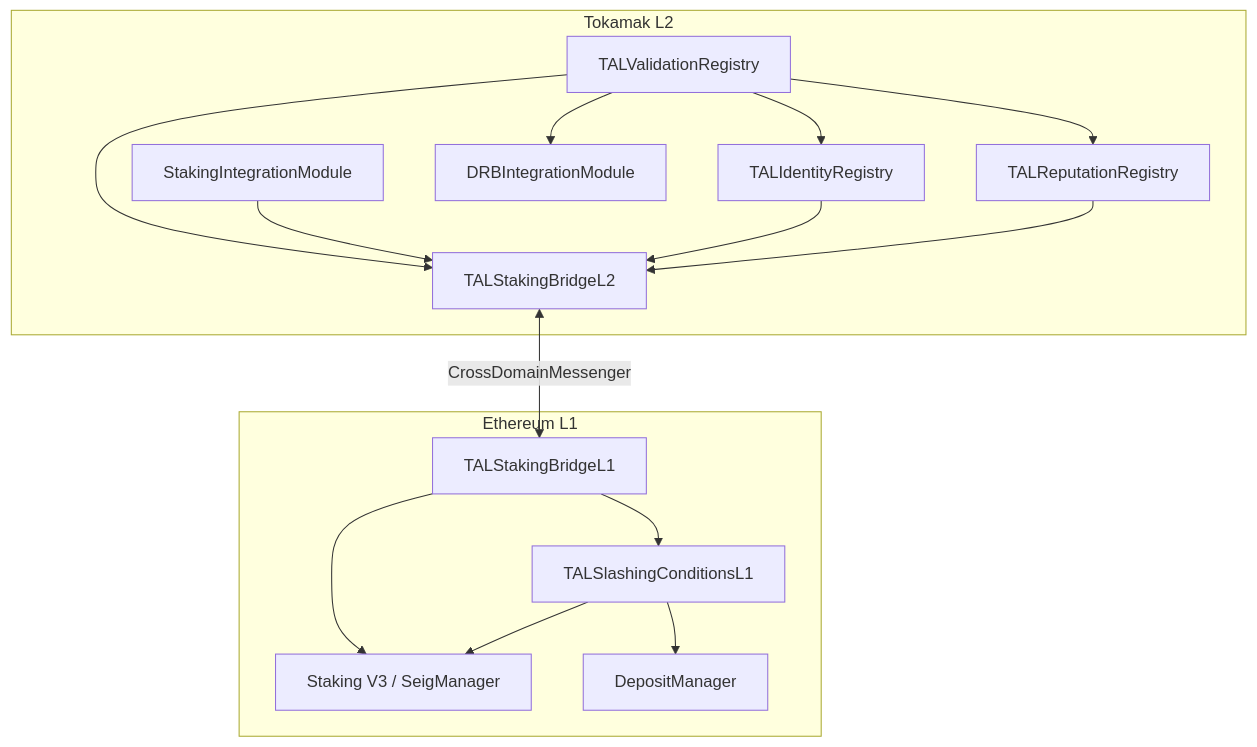
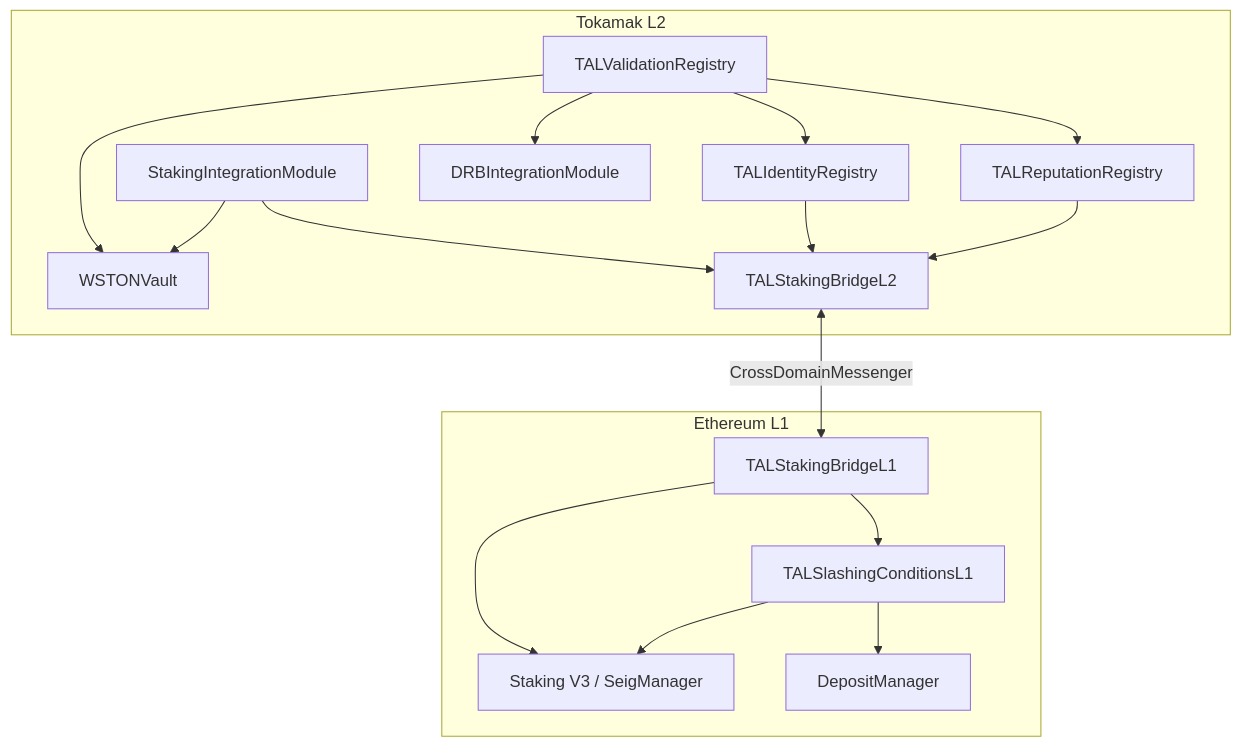
One commit to Mehd1b/Tokamak-AI-Layer changed the diagram in docs/docs/architecture/overview.md. Above: the diagram before and after it, drawn with Mermaid. The commit also changed other lines of this file and 177 other files, not shown here.

````diff
--- a/docs/docs/architecture/overview.md
+++ b/docs/docs/architecture/overview.md
@@ -20,32 +20,34 @@
 ```mermaid
 flowchart TB
     subgraph L2["Tokamak L2"]
         VR[TALValidationRegistry]
         IR[TALIdentityRegistry]
         RR[TALReputationRegistry]
+        WV[WSTONVault]
         DRB[DRBIntegrationModule]
         SIM[StakingIntegrationModule]
         SBL2[TALStakingBridgeL2]
     end
 
     subgraph L1["Ethereum L1"]
         SBL1[TALStakingBridgeL1]
         SC[TALSlashingConditionsL1]
         SV2[Staking V3 / SeigManager]
         DM[DepositManager]
     end
 
     VR --> IR
     VR --> RR
     VR --> DRB
-    VR --> SBL2
+    VR --> WV
     SIM --> SBL2
+    SIM --> WV
     IR --> SBL2
     RR --> SBL2
 
     SBL2 <-->|CrossDomainMessenger| SBL1
     SBL1 --> SV2
     SBL1 --> SC
     SC --> SV2
     SC --> DM
 ```
````
